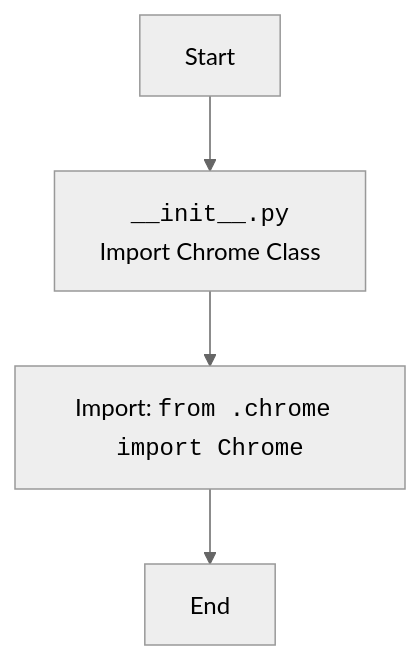
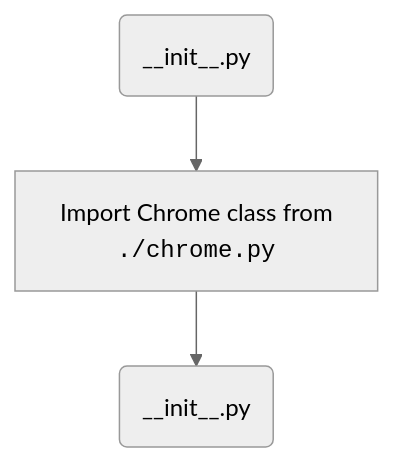
The diagram in docs/gemini/ru/explainer/src/webdriver/chrome/__init__.py.md (hypo69/hypo), drawn with Mermaid (neutral theme) before and after one commit. The commit also changed other lines of this file and 1505 other files, not shown here.

````diff
--- a/docs/gemini/ru/explainer/src/webdriver/chrome/__init__.py.md
+++ b/docs/gemini/ru/explainer/src/webdriver/chrome/__init__.py.md
@@ -16,6 +15,5 @@
 ```mermaid
 flowchart TD
-    Start --> ImportChrome[<code>__init__.py</code><br> Import Chrome Class]
-    ImportChrome --> ChromeModule[Import: <code>from .chrome import Chrome</code>]
-    ChromeModule --> End
+    Start(__init__.py) --> ImportChrome[Import Chrome class from <br><code>./chrome.py</code>]
+    ImportChrome --> End(__init__.py)
 ```
````
